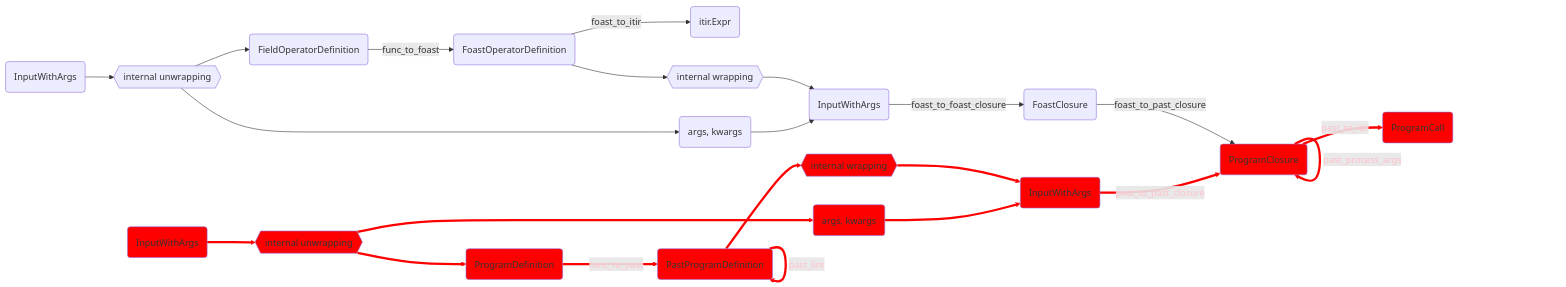
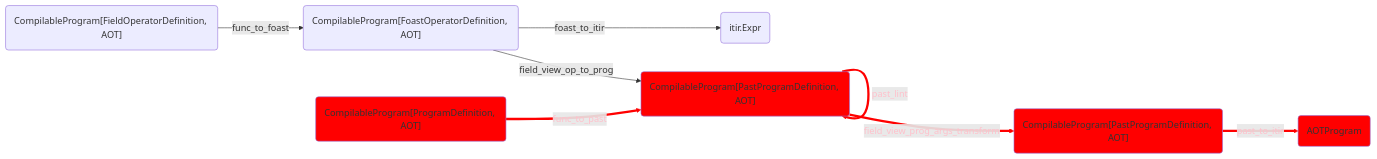
One commit to GridTools/gt4py changed the tenth of 10 diagrams in docs/user/next/advanced/ToolchainWalkthrough.md. Above: the diagram before and after it, drawn with Mermaid. The commit also changed other lines of this file and 48 other files, not shown here.

````diff
--- a/docs/user/next/advanced/ToolchainWalkthrough.md
+++ b/docs/user/next/advanced/ToolchainWalkthrough.md
@@ -634,37 +368,18 @@
 ```mermaid
 graph LR
 
-fdef(FieldOperatorDefinition) -->|func_to_foast| foast(FoastOperatorDefinition)
+fdef("CompilableProgram[FieldOperatorDefinition, AOT]") -->|func_to_foast| foast("CompilableProgram[FoastOperatorDefinition, AOT]")
 foast -->|foast_to_itir| itir_expr(itir.Expr)
-foasta -->|foast_to_foast_closure| fclos(FoastClosure)
-fclos -->|foast_to_past_closure| pclos(PastClosure)
-pclos -->|past_process_args| pclos
-pclos -->|past_to_itir| pcall(ProgramCall)
+foast -->|field_view_op_to_prog| past("CompilableProgram[PastProgramDefinition, AOT]")
+past -->|past_lint| past
+past -->|field_view_prog_args_transform| tapast("CompilableProgram[PastProgramDefinition, AOT]")
+tapast -->|past_to_itir| pcall(AOTProgram)
 
-pdef(ProgramDefinition) -->|func_to_past| past(PastProgramDefinition)
-past -->|past_lint| past
-pasta -->|past_to_past_closure| pclos(ProgramClosure)
+pdef("CompilableProgram[ProgramDefinition, AOT]") -->|func_to_past| past("CompilableProgram[PastProgramDefinition, AOT]")
 
-fdefa(InputWithArgs) --> fuwr{{"internal unwrapping"}} --> fdef
-fuwr --> fargs(args, kwargs)
-
-foast --> fiwr{{"internal wrapping"}} --> foasta(InputWithArgs)
-fargs --> foasta
-
-pdefa(InputWithArgs) --> puwr{{"internal unwrapping"}} --> pdef
-puwr --> pargs(args, kwargs)
-
-past --> piwr{{"internal wrapping"}} --> pasta(InputWithArgs)
-pargs --> pasta
-
-style pdefa fill:red
-style puwr fill:red
 style pdef fill:red
-style pargs fill:red
 style past fill:red
-style piwr fill:red
-style pasta fill:red
-style pclos fill:red
+style tapast fill:red
 style pcall fill:red
-linkStyle 4,5,6,7,8,15,16,17,18,19,20 stroke:red,stroke-width:4px,color:pink
+linkStyle 3,4,5,6 stroke:red,stroke-width:4px,color:pink
 ```
````
